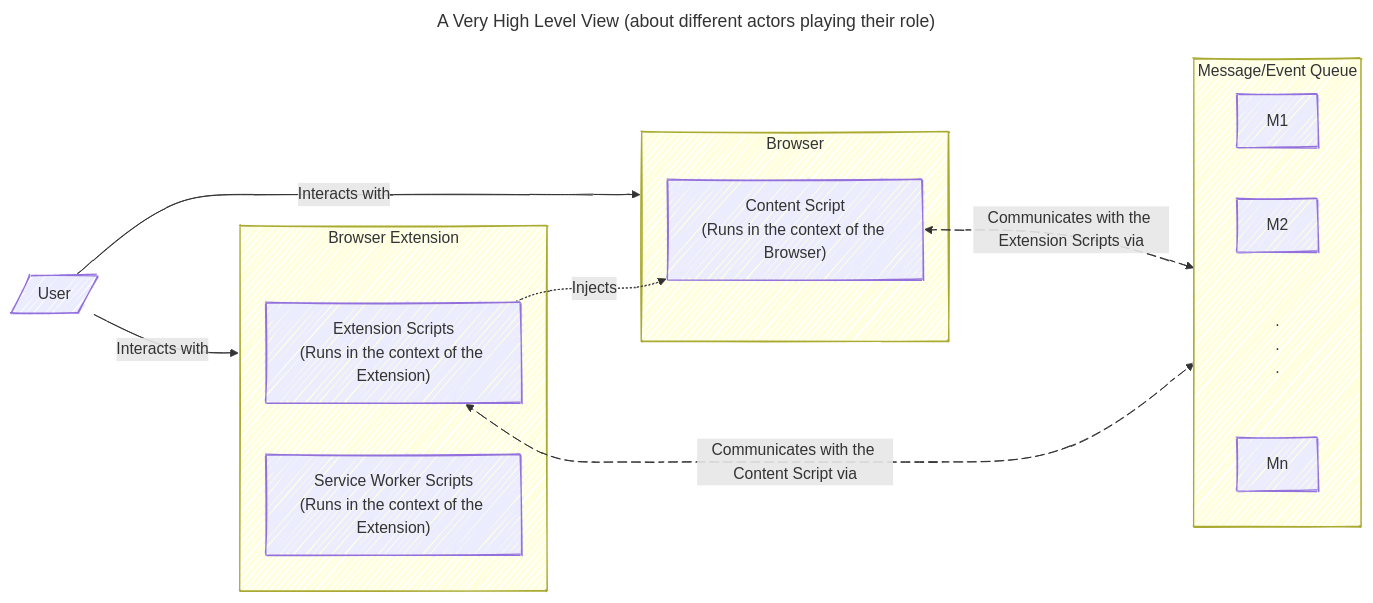
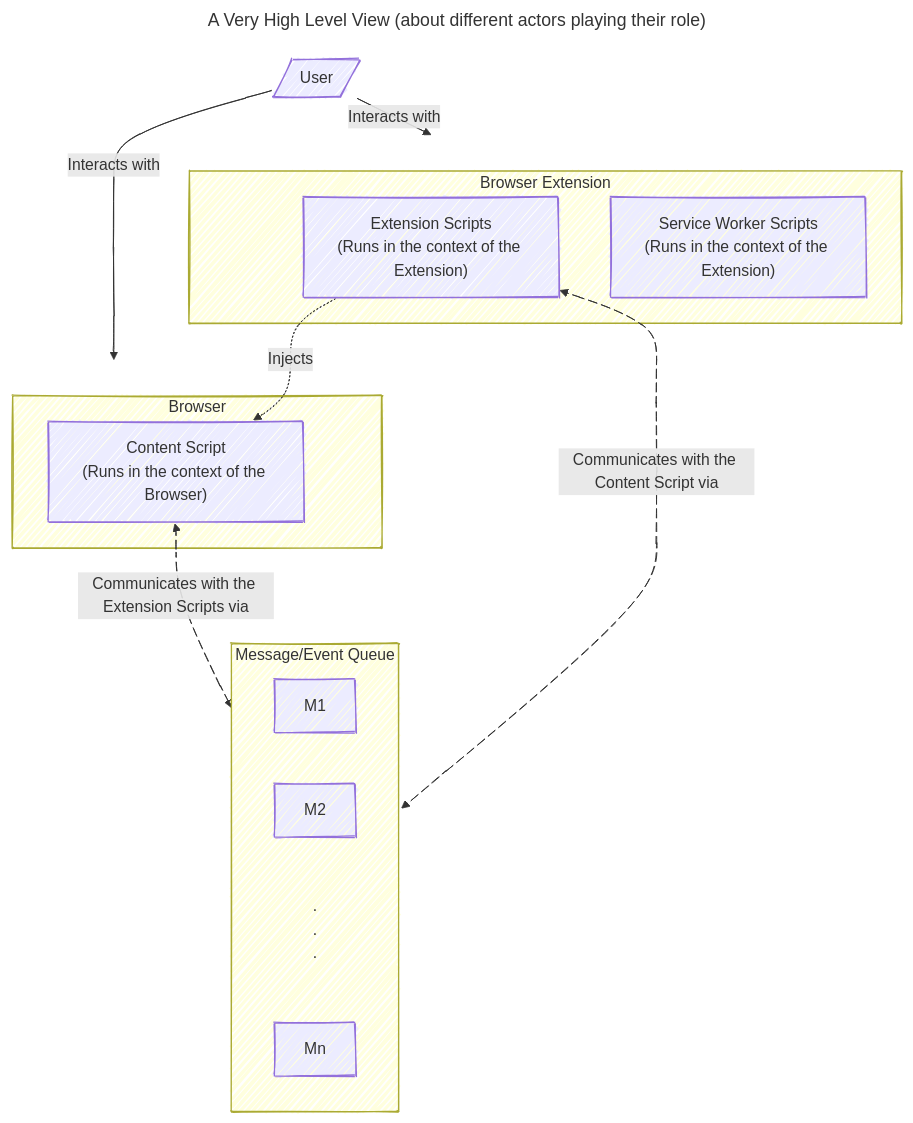
Before and after one commit to SantoshKShettyApps/git-flow-2-forked: the first of 4 diagrams in README.md, drawn with Mermaid.

````diff
--- a/README.md
+++ b/README.md
@@ -4,32 +4,32 @@
 ```mermaid
 ---
 title: A Very High Level View (about different actors playing their role)
 config:
   look: handDrawn
 ---
-graph LR
+graph TD
   subgraph B [Browser]
     CS["Content Script\n(Runs in the context of the Browser)"]
   end
   subgraph BE [Browser Extension]
     ES["Extension Scripts\n(Runs in the context of the Extension)"]
     SW["Service Worker Scripts\n(Runs in the context of the Extension)"]
   end
   subgraph MQ [Message/Event Queue]
     direction LR
     M1
     M2
     M@{ shape: text, label: ".\n.\n." }
     Mn
   end
 
   U[/User/] --> |Interacts with| B
   U --> |Interacts with| BE
   ES -.-> |Injects| CS
   CS e1@<--> |Communicates with the Extension Scripts via| MQ
   ES e2@<--> |Communicates with the Content Script via| MQ
   e1@{ animate: true }
   e2@{ animate: true }
   classDef flowchartPadder paddingBottom: 100
   class MQ flowchartPadder
 ```
````
